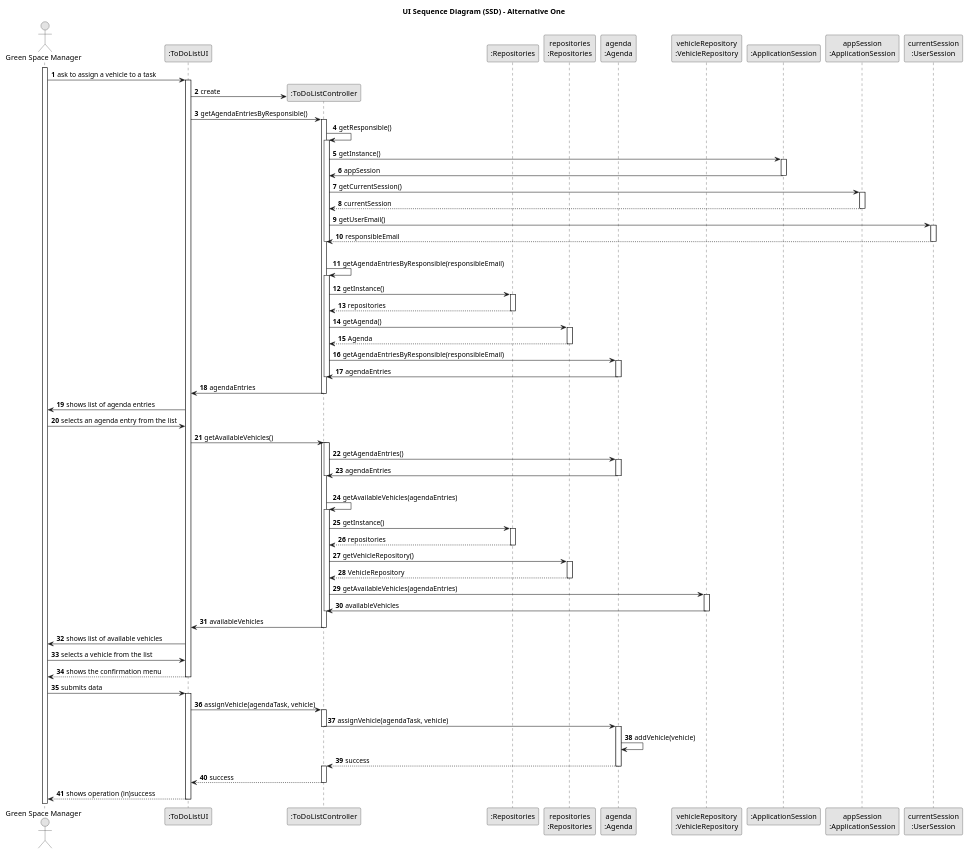
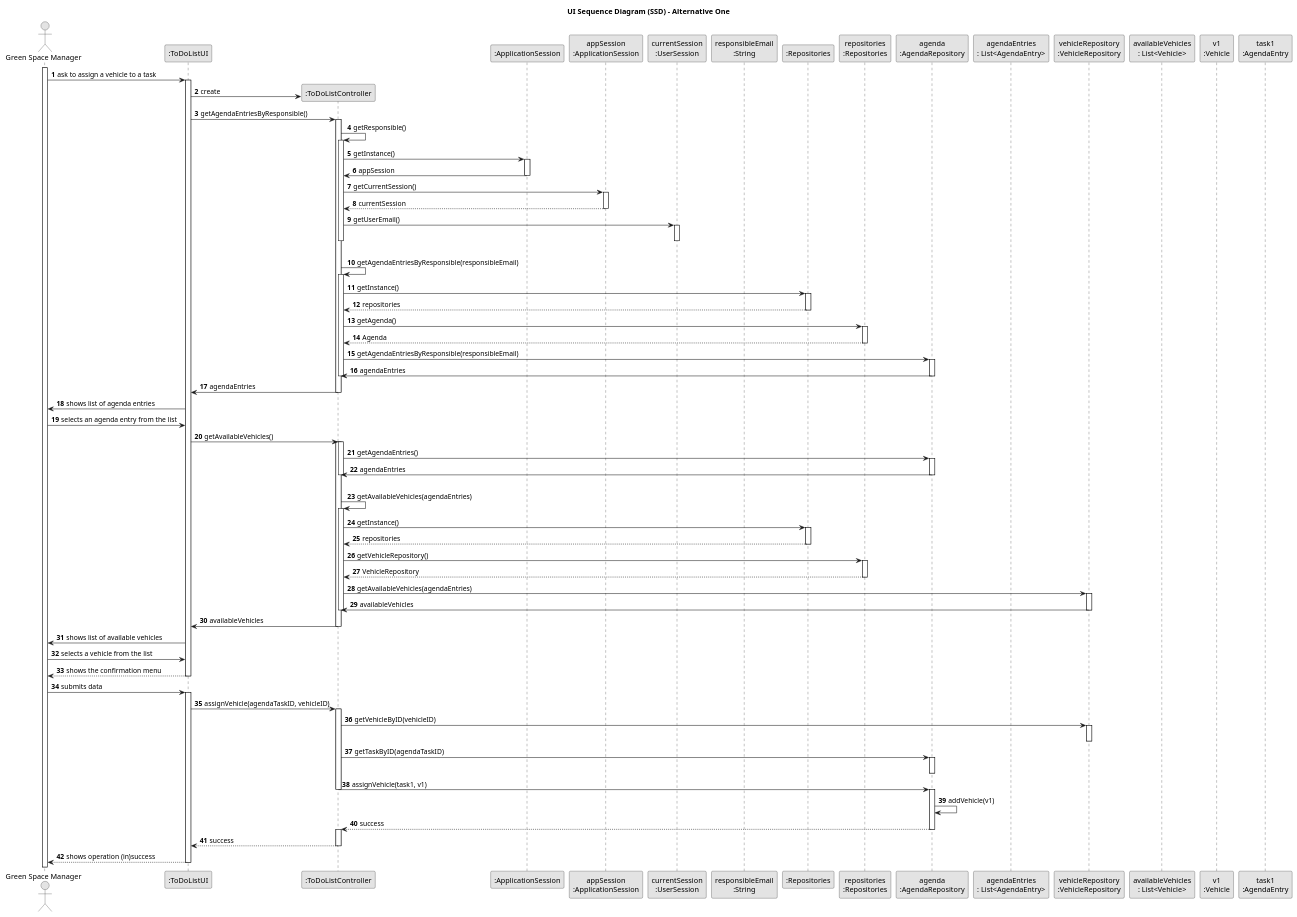
Before and after one commit to SAEmanuel/Green_Spaces_Management_ISEP: the diagram in docs/sprintC/us026/03.design/puml/us026-sequence-diagram-full.puml, drawn with PlantUML. The commit also changed 7 other files, not shown here.

```diff
--- a/docs/sprintC/us026/03.design/puml/us026-sequence-diagram-full.puml
+++ b/docs/sprintC/us026/03.design/puml/us026-sequence-diagram-full.puml
@@ -1,161 +1,179 @@
 @startuml
 skinparam monochrome true
 skinparam packageStyle rectangle
 skinparam shadowing false
 
 title UI Sequence Diagram (SSD) - Alternative One
 
 autonumber
 
 actor "Green Space Manager" as Employee
 participant ":ToDoListUI" as UI
 participant ":ToDoListController" as CTRL
-participant ":Repositories" as RepositorySingleton
-participant "repositories\n:Repositories" as PLAT
-participant "agenda\n:Agenda" as AGENDA
-participant "vehicleRepository\n:VehicleRepository" as VEHICLEREPOSITORY
 participant ":ApplicationSession" as _APP
 participant "appSession\n:ApplicationSession" as APP
 participant "currentSession\n:UserSession" as SESSAO
+participant "responsibleEmail\n:String" as EMAIL
+participant ":Repositories" as RepositorySingleton
+participant "repositories\n:Repositories" as PLAT
+participant "agenda\n:AgendaRepository" as AGENDA
+participant "agendaEntries\n: List<AgendaEntry>" as listAgenda
+participant "vehicleRepository\n:VehicleRepository" as VEHICLEREPOSITORY
+participant "availableVehicles\n: List<Vehicle>" as listVehicle
+participant "v1\n:Vehicle" as v1
+participant "task1\n:AgendaEntry" as task1
+
 
 activate Employee
 
     Employee -> UI : ask to assign a vehicle to a task
     activate UI
 
     UI -> CTRL** : create
 
     UI -> CTRL : getAgendaEntriesByResponsible()
     activate CTRL
 
     CTRL -> CTRL : getResponsible()
     activate CTRL
 
                     CTRL -> _APP: getInstance()
                     activate _APP
                         _APP -> CTRL: appSession
                     deactivate _APP
 
 
                     CTRL -> APP: getCurrentSession()
                     activate APP
 
                         APP --> CTRL: currentSession
                     deactivate APP
 
                     CTRL -> SESSAO: getUserEmail()
                     activate SESSAO
 
-                        SESSAO --> CTRL: responsibleEmail
+
+
+
+
                     deactivate SESSAO
 
                     deactivate CTRL
                     |||
 
                     CTRL -> CTRL : getAgendaEntriesByResponsible(responsibleEmail)
                     activate CTRL
 
                     CTRL -> RepositorySingleton : getInstance()
                     activate RepositorySingleton
 
                     RepositorySingleton --> CTRL: repositories
                     deactivate RepositorySingleton
 
                     CTRL -> PLAT : getAgenda()
                     activate PLAT
 
                     PLAT --> CTRL: Agenda
                     deactivate PLAT
 
                     CTRL -> AGENDA : getAgendaEntriesByResponsible(responsibleEmail)
 
                     activate AGENDA
 
                     AGENDA -> CTRL : agendaEntries
                     deactivate AGENDA
 
                     deactivate CTRL
 
 
                     CTRL -> UI : agendaEntries
 
                     deactivate CTRL
 
 
         UI -> Employee : shows list of agenda entries
 
         Employee -> UI : selects an agenda entry from the list
 
         UI -> CTRL : getAvailableVehicles()
         activate CTRL
                             activate CTRL
 
                             CTRL -> AGENDA : getAgendaEntries()
 
                             activate AGENDA
 
                             AGENDA -> CTRL : agendaEntries
                             deactivate AGENDA
                            |||
                             deactivate CTRL
 
                             CTRL -> CTRL : getAvailableVehicles(agendaEntries)
 
                              activate CTRL
 
                                                         CTRL -> RepositorySingleton : getInstance()
                                                         activate RepositorySingleton
 
                                                         RepositorySingleton --> CTRL: repositories
                                                         deactivate RepositorySingleton
 
                                                         CTRL -> PLAT : getVehicleRepository()
                                                         activate PLAT
 
                                                         PLAT --> CTRL: VehicleRepository
                                                         deactivate PLAT
 
                                                         CTRL -> VEHICLEREPOSITORY :getAvailableVehicles(agendaEntries)
 
                                                         activate VEHICLEREPOSITORY
 
                                                         VEHICLEREPOSITORY -> CTRL : availableVehicles
                                                         deactivate VEHICLEREPOSITORY
 
                                                         deactivate CTRL
 
 
     CTRL -> UI : availableVehicles
     deactivate CTRL
 
     UI -> Employee : shows list of available vehicles
 
     Employee -> UI : selects a vehicle from the list
 
 
         UI --> Employee : shows the confirmation menu
     deactivate UI
 
     Employee -> UI : submits data
     activate UI
 
-    UI -> CTRL : assignVehicle(agendaTask, vehicle)
+    UI -> CTRL : assignVehicle(agendaTaskID, vehicleID)
     activate CTRL
+    CTRL -> VEHICLEREPOSITORY : getVehicleByID(vehicleID)
+    activate VEHICLEREPOSITORY
 
-    CTRL -> AGENDA : assignVehicle(agendaTask, vehicle)
+    deactivate VEHICLEREPOSITORY
+
+    CTRL -> AGENDA : getTaskByID(agendaTaskID)
+    activate AGENDA
+
+     deactivate AGENDA
+
+    CTRL -> AGENDA : assignVehicle(task1, v1)
       deactivate CTRL
     activate AGENDA
 
-    AGENDA -> AGENDA : addVehicle(vehicle)
+    AGENDA -> AGENDA : addVehicle(v1)
 
     AGENDA --> CTRL : success
     deactivate AGENDA
 
     activate CTRL
     CTRL --> UI : success
     deactivate CTRL
 
         UI --> Employee : shows operation (in)success
     deactivate UI
 
 @enduml
```
